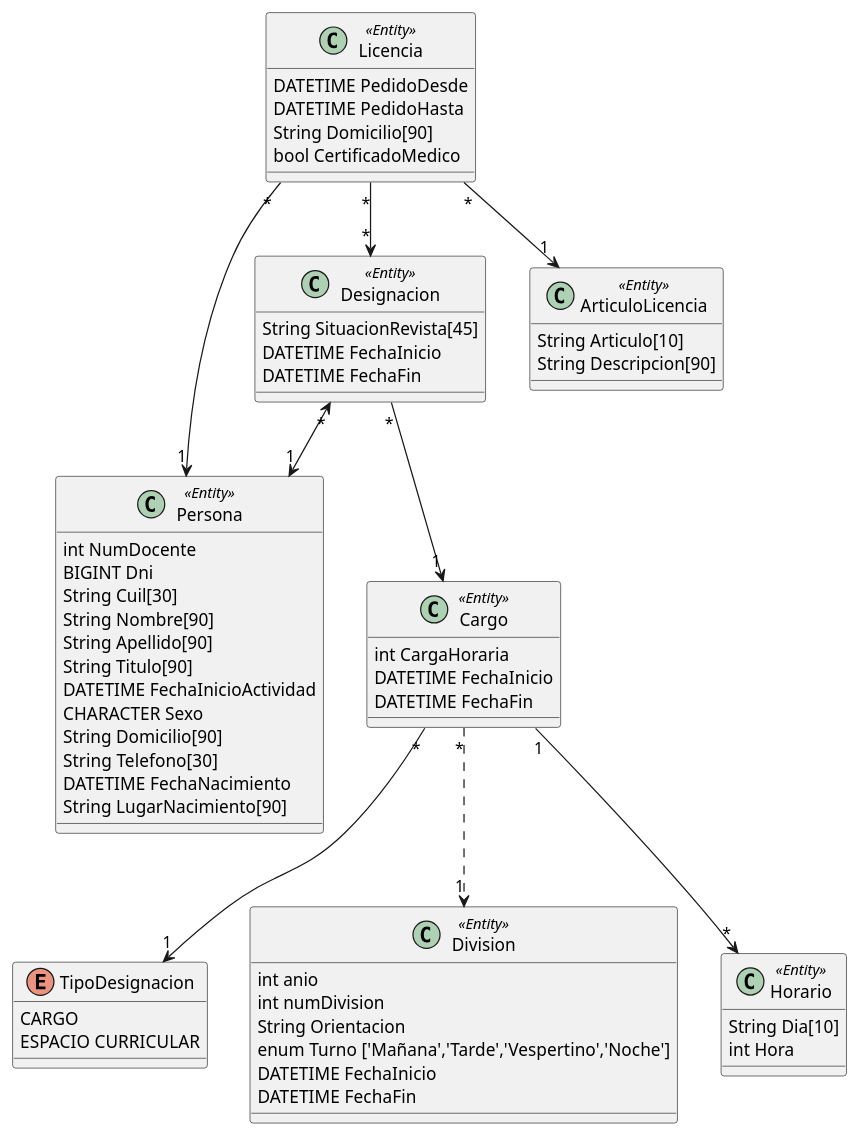
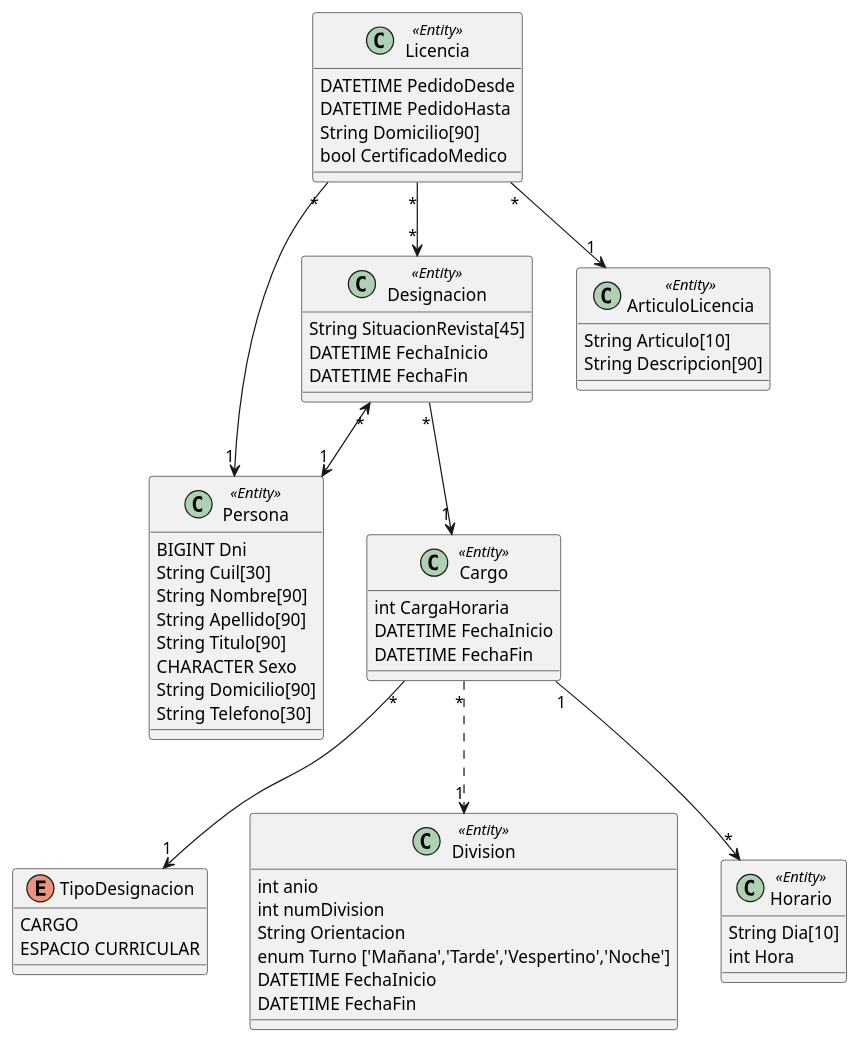
The diagram in diagram.pu (ivomariezcurrena/MagallanesApp), drawn with PlantUML before and after one commit.

Commit message:
Replace diagram.pu

```diff
--- a/diagram.pu
+++ b/diagram.pu
@@ -1,72 +1,68 @@
 @startuml
 enum TipoDesignacion {
    CARGO
    ESPACIO CURRICULAR
 }
 
 class Division <<Entity>> {
   int anio
   int numDivision
   String Orientacion
   enum Turno ['Mañana','Tarde','Vespertino','Noche']
   DATETIME FechaInicio
   DATETIME FechaFin
 }
 
 class Cargo <<Entity>> {
   int CargaHoraria
   DATETIME FechaInicio
   DATETIME FechaFin
 }
 
 Cargo "*" --> "1" TipoDesignacion
 Cargo "*" ..> "1" Division
 
 class Persona <<Entity>> {
-  int NumDocente
   BIGINT Dni
   String Cuil[30]
   String Nombre[90]
   String Apellido[90]
   String Titulo[90]
-  DATETIME FechaInicioActividad
   CHARACTER Sexo
   String Domicilio[90]
   String Telefono[30]
-  DATETIME FechaNacimiento
-  String LugarNacimiento[90]
 }
 
 class Designacion <<Entity>> {
   String SituacionRevista[45]
   DATETIME FechaInicio
   DATETIME FechaFin
 }
 
 Designacion "*" <--> "1" Persona
 Designacion "*" --> "1" Cargo
 
 class Horario <<Entity>> {
   String Dia[10]
   int Hora
 }
 
 Cargo "1" --> "*" Horario
 
 class ArticuloLicencia <<Entity>> {
   String Articulo[10]
   String Descripcion[90]
 }
 
 class Licencia <<Entity>> {
   DATETIME PedidoDesde
   DATETIME PedidoHasta
   String Domicilio[90]
   bool CertificadoMedico
 }
 
 Licencia "*" --> "1" Persona
 Licencia "*" --> "1" ArticuloLicencia
 Licencia "*" --> "*" Designacion
 
 @enduml
```
